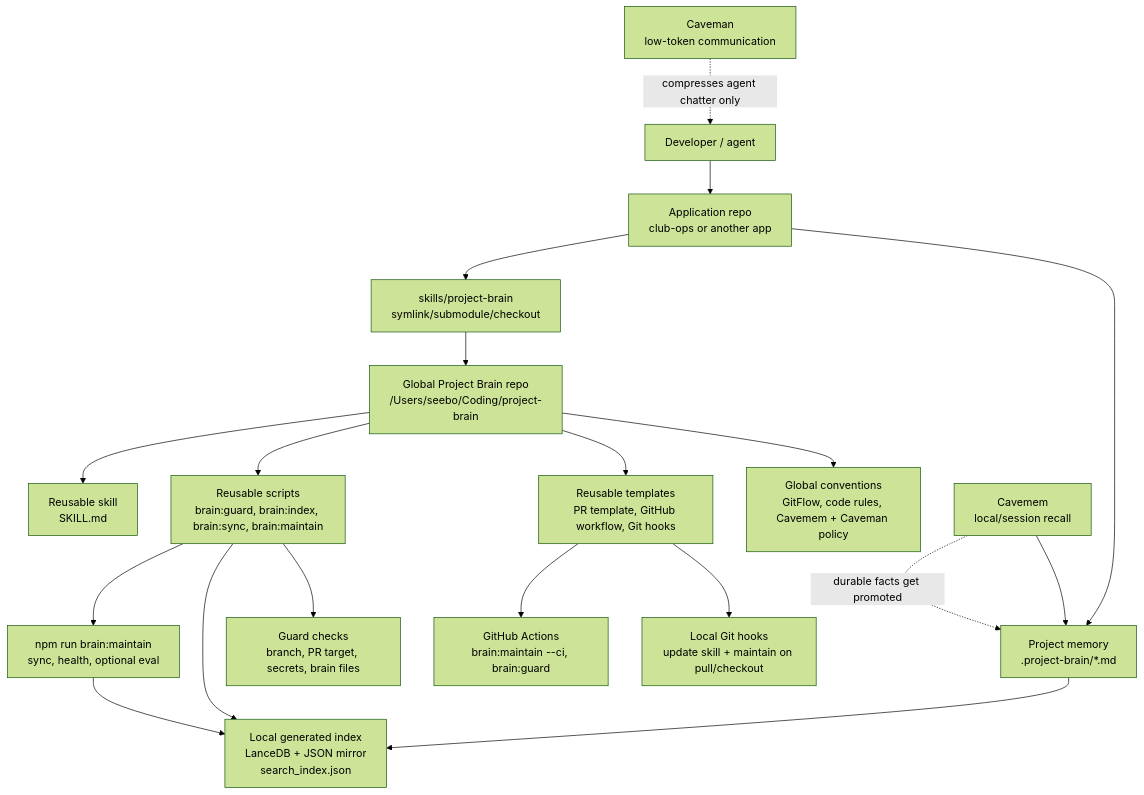
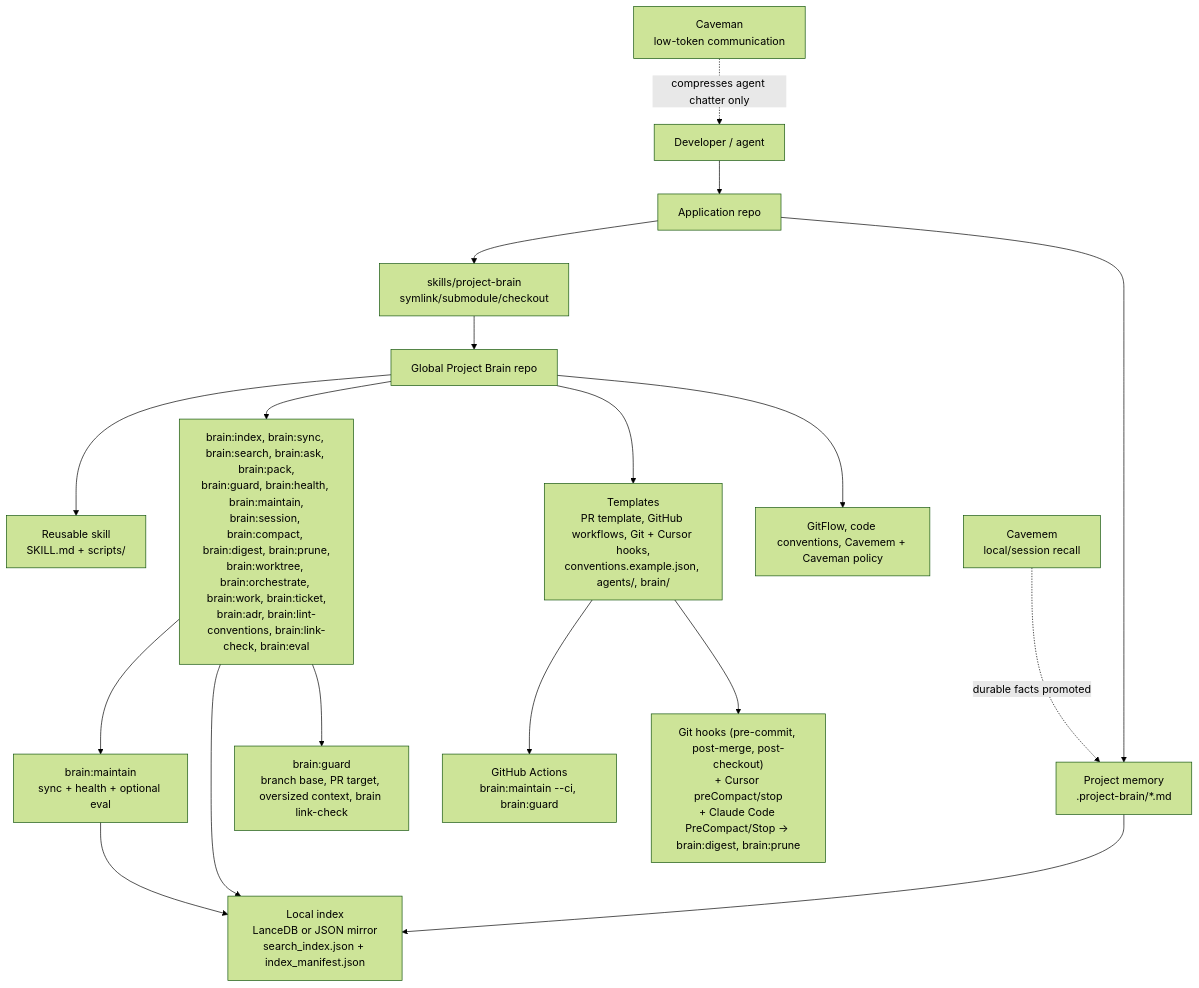
The first of 3 diagrams in docs/brain-architecture.md (nicenoize/project-brain), drawn with Mermaid (forest theme) before and after one commit. The commit also changed other lines of this file, not shown here.

First line of the commit message:
docs(brain): refresh brain-architecture with full script list + retrieval data flow

````diff
--- a/docs/brain-architecture.md
+++ b/docs/brain-architecture.md
@@ -5,24 +5,23 @@
 ```mermaid
 flowchart TD
-  Global["Global Project Brain repo<br/>/Users/seebo/Coding/project-brain"] --> Skill["Reusable skill<br/>SKILL.md"]
-  Global --> Scripts["Reusable scripts<br/>brain:guard, brain:index, brain:sync, brain:maintain"]
-  Global --> Templates["Reusable templates<br/>PR template, GitHub workflow, Git hooks"]
-  Global --> Conventions["Global conventions<br/>GitFlow, code rules, Cavemem + Caveman policy"]
+  Global["Global Project Brain repo"] --> Skill["Reusable skill<br/>SKILL.md + scripts/"]
+  Global --> Scripts["brain:index, brain:sync, brain:search, brain:ask, brain:pack,<br/>brain:guard, brain:health, brain:maintain,<br/>brain:session, brain:compact, brain:digest, brain:prune,<br/>brain:worktree, brain:orchestrate, brain:work, brain:ticket,<br/>brain:adr, brain:lint-conventions, brain:link-check, brain:eval"]
+  Global --> Templates["Templates<br/>PR template, GitHub workflows, Git + Cursor hooks,<br/>conventions.example.json, agents/, brain/"]
+  Global --> Conventions["GitFlow, code conventions, Cavemem + Caveman policy"]
 
-  App["Application repo<br/>club-ops or another app"] --> AppBrain["Project memory<br/>.project-brain/*.md"]
+  App["Application repo"] --> AppBrain["Project memory<br/>.project-brain/*.md"]
   App --> Link["skills/project-brain<br/>symlink/submodule/checkout"]
   Link --> Global
 
-  AppBrain --> Index["Local generated index<br/>LanceDB + JSON mirror<br/>search_index.json"]
+  AppBrain --> Index["Local index<br/>LanceDB or JSON mirror<br/>search_index.json + index_manifest.json"]
   Scripts --> Index
-  Scripts --> Maintain["npm run brain:maintain<br/>sync, health, optional eval"]
+  Scripts --> Maintain["brain:maintain<br/>sync + health + optional eval"]
   Maintain --> Index
-  Scripts --> Guard["Guard checks<br/>branch, PR target, secrets, brain files"]
+  Scripts --> Guard["brain:guard<br/>branch base, PR target, oversized context, brain link-check"]
   Templates --> CI["GitHub Actions<br/>brain:maintain --ci, brain:guard"]
-  Templates --> Hooks["Local Git hooks<br/>update skill + maintain on pull/checkout"]
+  Templates --> Hooks["Git hooks (pre-commit, post-merge, post-checkout)<br/>+ Cursor preCompact/stop<br/>+ Claude Code PreCompact/Stop → brain:digest, brain:prune"]
 
   Dev["Developer / agent"] --> App
-  Cavemem["Cavemem<br/>local/session recall"] --> AppBrain
-  Cavemem -. "durable facts get promoted" .-> AppBrain
+  Cavemem["Cavemem<br/>local/session recall"] -. "durable facts promoted" .-> AppBrain
   Caveman["Caveman<br/>low-token communication"] -. "compresses agent chatter only" .-> Dev
 ```
````
